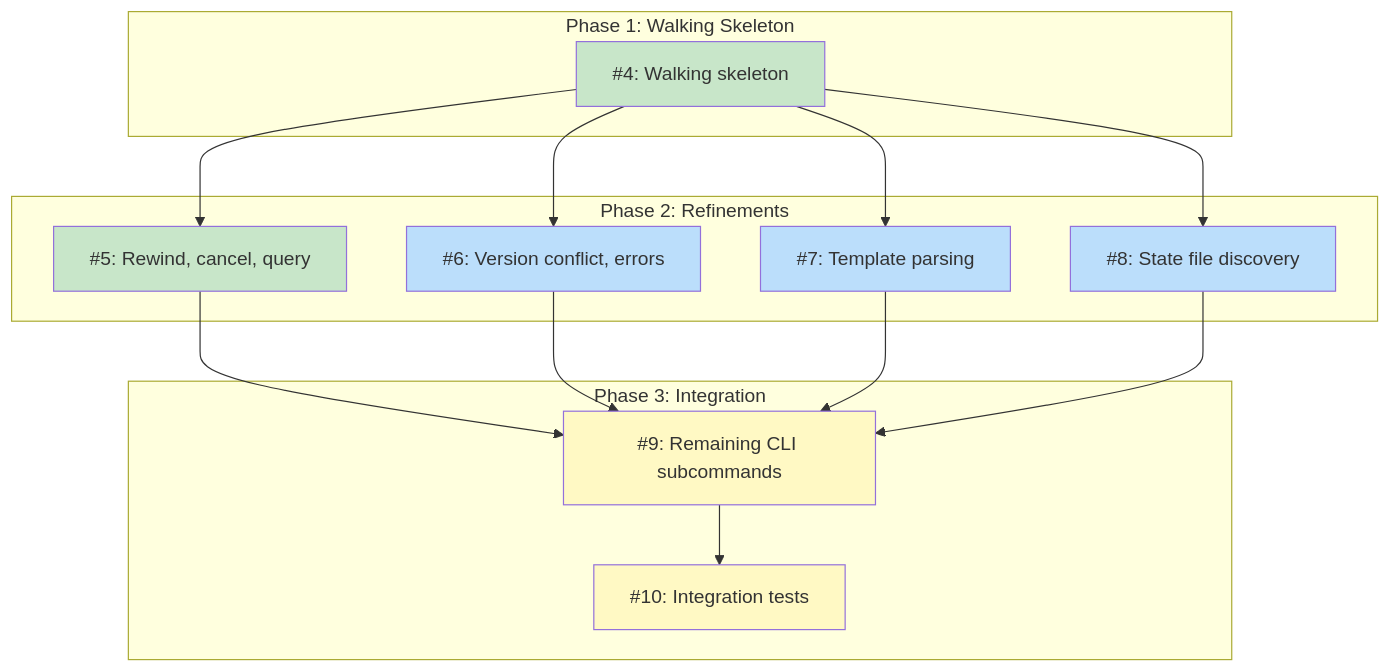
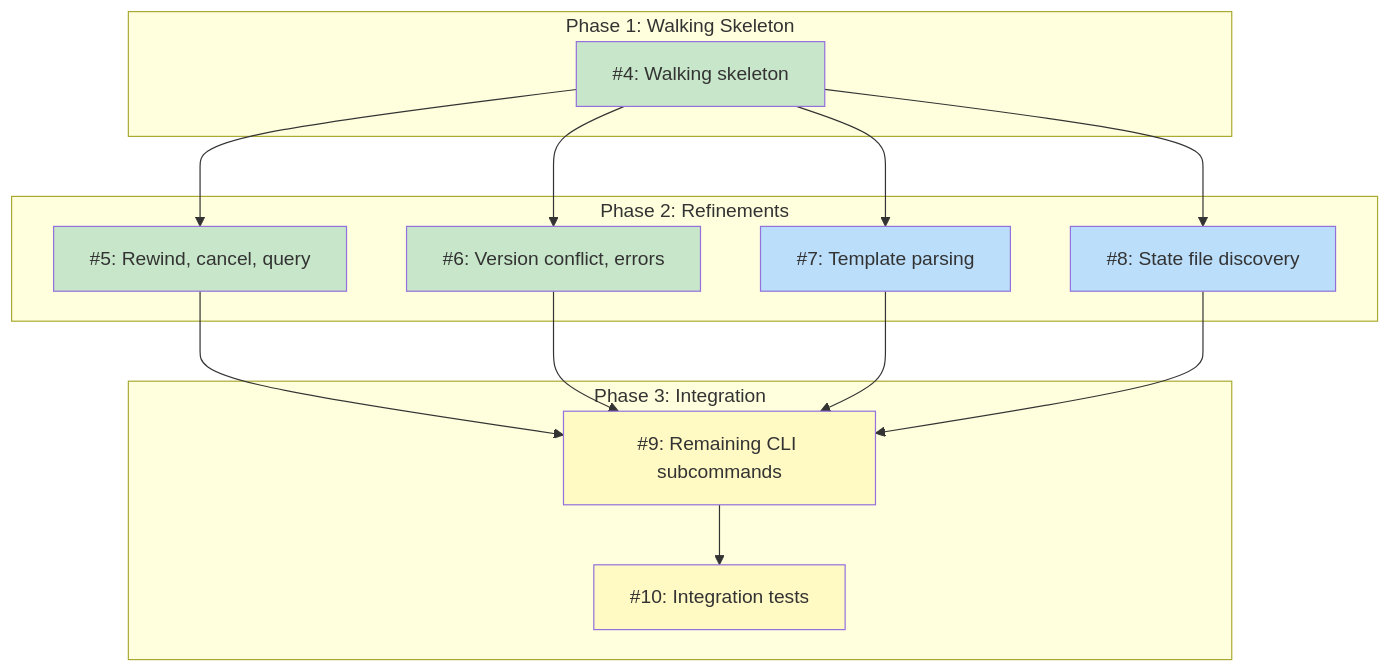
Before and after one commit to tsukumogami/koto: the diagram in docs/designs/DESIGN-koto-engine.md, drawn with Mermaid. The commit also changed other lines of this file and 5 other files, not shown here.

Commit message:
docs(koto-engine): mark #6 complete, update diagram

````diff
--- a/docs/designs/DESIGN-koto-engine.md
+++ b/docs/designs/DESIGN-koto-engine.md
@@ -58,38 +58,38 @@
 ```mermaid
 graph TD
     subgraph Phase1["Phase 1: Walking Skeleton"]
         I4["#4: Walking skeleton"]
     end
 
     subgraph Phase2["Phase 2: Refinements"]
         I5["#5: Rewind, cancel, query"]
         I6["#6: Version conflict, errors"]
         I7["#7: Template parsing"]
         I8["#8: State file discovery"]
     end
 
     subgraph Phase3["Phase 3: Integration"]
         I9["#9: Remaining CLI subcommands"]
         I10["#10: Integration tests"]
     end
 
     I4 --> I5
     I4 --> I6
     I4 --> I7
     I4 --> I8
     I5 --> I9
     I6 --> I9
     I7 --> I9
     I8 --> I9
     I9 --> I10
 
     classDef done fill:#c8e6c9
     classDef ready fill:#bbdefb
     classDef blocked fill:#fff9c4
     classDef needsDesign fill:#e1bee7
     classDef tracksDesign fill:#FFE0B2,stroke:#F57C00,color:#000
 
-    class I4,I5 done
-    class I6,I7,I8 ready
+    class I4,I5,I6 done
+    class I7,I8 ready
     class I9,I10 blocked
 ```
````
